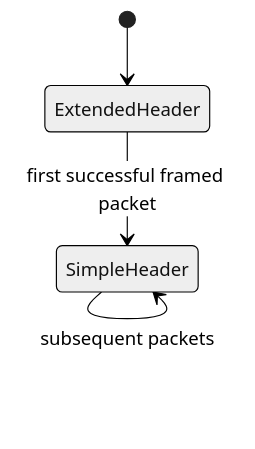
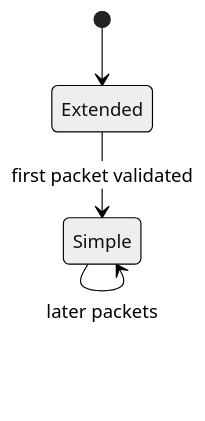
One commit to HyacinthHaru/openppp2 changed the third of 4 diagrams in docs/TRANSMISSION.md. Above: the diagram before and after it, drawn with Mermaid (neutral theme). The commit also changed other lines of this file and 45 other files, not shown here.

````diff
--- a/docs/TRANSMISSION.md
+++ b/docs/TRANSMISSION.md
@@ -318,6 +140,6 @@
 ```mermaid
 stateDiagram-v2
-    [*] --> ExtendedHeader
-    ExtendedHeader --> SimpleHeader: first successful framed packet
-    SimpleHeader --> SimpleHeader: subsequent packets
+    [*] --> Extended
+    Extended --> Simple: first packet validated
+    Simple --> Simple: later packets
 ```
````
